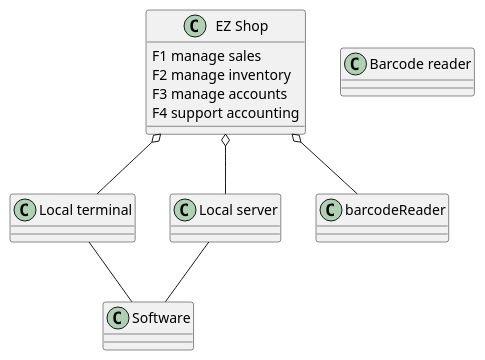
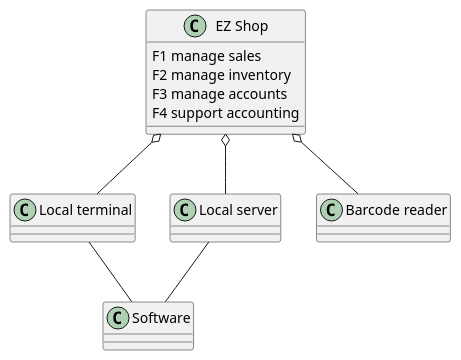
Before and after one commit to nicolabattaglino/ezshop: the sixth of 7 diagrams in Deliverables/RequirementsDocument.md, drawn with PlantUML.

````diff
--- a/Deliverables/RequirementsDocument.md
+++ b/Deliverables/RequirementsDocument.md
@@ -872,26 +872,26 @@
 ```plantuml
 @startuml
 
 class "EZ Shop" as EZShop{
 F1 manage sales 
 F2 manage inventory
 F3 manage accounts
 F4 support accounting
 }
 
 class "Local terminal" as localTerminal{
 }
 class "Local server" as localServer{
 }
 
-class "Barcode reader" as barcodeReade
+class "Barcode reader" as barcodeReader
 class "Software" as software 
 EZShop o-- localTerminal
 localTerminal -- software
 localServer -- software
 EZShop o-- localServer
 EZShop o-- barcodeReader
 
 
 @enduml
 ```
````
